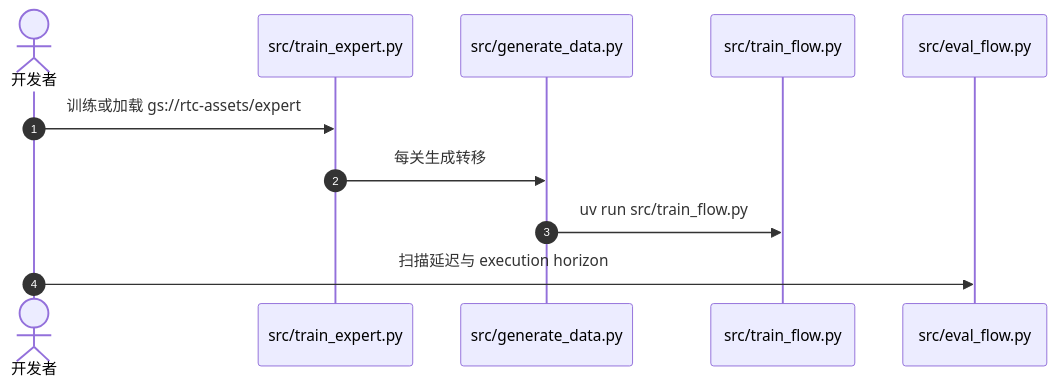
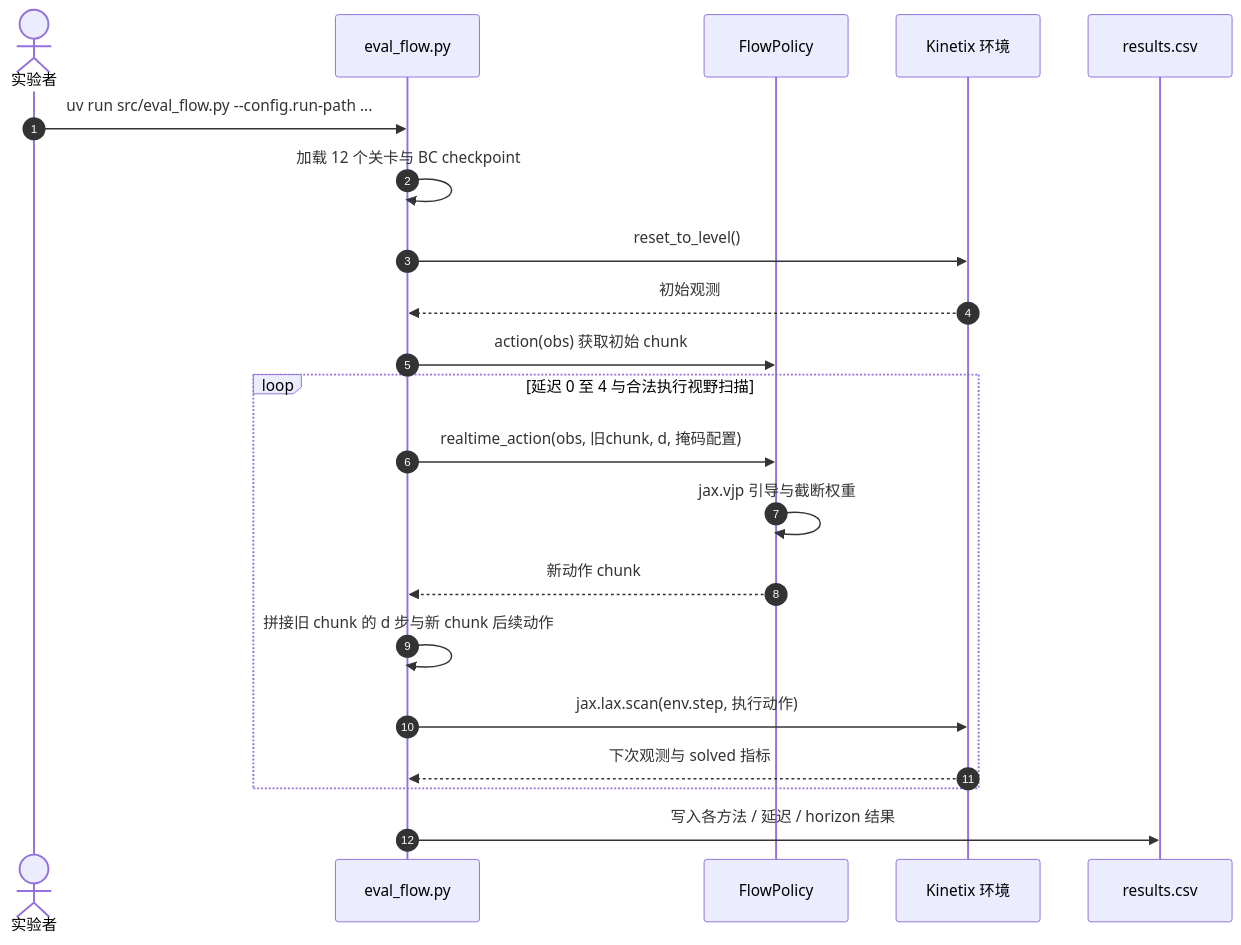
The second of 2 diagrams in wiki/entities/paper-real-time-chunking.md (ImChong/Robotics_Notebooks), drawn with Mermaid before and after one commit. The commit also changed other lines of this file, not shown here.

Commit message:
docs(ingest): 补全 RTC 论文流程图与仿真源码时序

````diff
--- a/wiki/entities/paper-real-time-chunking.md
+++ b/wiki/entities/paper-real-time-chunking.md
@@ -100,13 +137,23 @@
 ```mermaid
 sequenceDiagram
     autonumber
-    actor Dev as 开发者
-    participant Expert as src/train_expert.py
-    participant Data as src/generate_data.py
-    participant Flow as src/train_flow.py
-    participant Eval as src/eval_flow.py
-    Dev->>Expert: 训练或加载 gs://rtc-assets/expert
-    Expert->>Data: 每关生成转移
-    Data->>Flow: uv run src/train_flow.py
-    Dev->>Eval: 扫描延迟与 execution horizon
+    actor Dev as 实验者
+    participant Eval as eval_flow.py
+    participant Policy as FlowPolicy
+    participant Kinetix as Kinetix 环境
+    participant CSV as results.csv
+    Dev->>Eval: uv run src/eval_flow.py --config.run-path ...
+    Eval->>Eval: 加载 12 个关卡与 BC checkpoint
+    Eval->>Kinetix: reset_to_level()
+    Kinetix-->>Eval: 初始观测
+    Eval->>Policy: action(obs) 获取初始 chunk
+    loop 延迟 0 至 4 与合法执行视野扫描
+        Eval->>Policy: realtime_action(obs, 旧chunk, d, 掩码配置)
+        Policy->>Policy: jax.vjp 引导与截断权重
+        Policy-->>Eval: 新动作 chunk
+        Eval->>Eval: 拼接旧 chunk 的 d 步与新 chunk 后续动作
+        Eval->>Kinetix: jax.lax.scan(env.step, 执行动作)
+        Kinetix-->>Eval: 下次观测与 solved 指标
+    end
+    Eval->>CSV: 写入各方法 / 延迟 / horizon 结果
 ```
````
